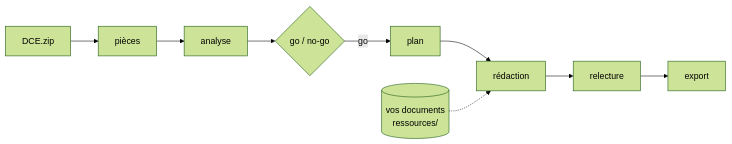
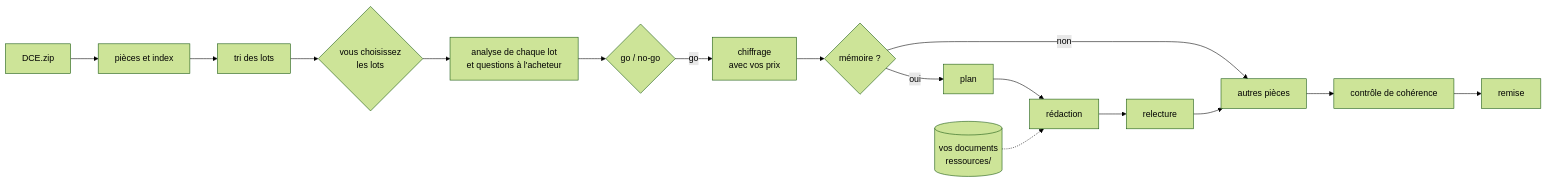
The diagram in README.md (Remporte-dev/remporte-appels-offres), drawn with Mermaid (forest theme) before and after one commit. The commit also changed other lines of this file and 1 other file, not shown here.

Commit message:
Documentation : parcours par lot, porte d'entrée unique, dossier de remise par lot

````diff
--- a/README.md
+++ b/README.md
@@ -136,6 +148,14 @@
 ```mermaid
 flowchart LR
-    DCE[DCE.zip] --> P[pièces] --> A[analyse] --> G{go / no-go}
-    G -->|go| PL[plan] --> R[rédaction] --> RL[relecture] --> E[export]
+    DCE[DCE.zip] --> P[pièces et index] --> T[tri des lots]
+    T --> C{vous choisissez<br/>les lots}
+    C --> A[analyse de chaque lot<br/>et questions à l'acheteur]
+    A --> G{go / no-go}
+    G -->|go| CH[chiffrage<br/>avec vos prix]
+    CH --> M{mémoire ?}
+    M -->|oui| PL[plan] --> R[rédaction] --> RL[relecture]
+    M -->|non| AP[autres pièces]
+    RL --> AP
+    AP --> CO[contrôle de cohérence] --> E[remise]
     B[(vos documents<br/>ressources/)] -.-> R
 ```
````
